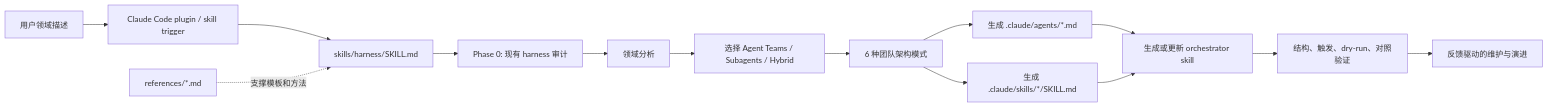
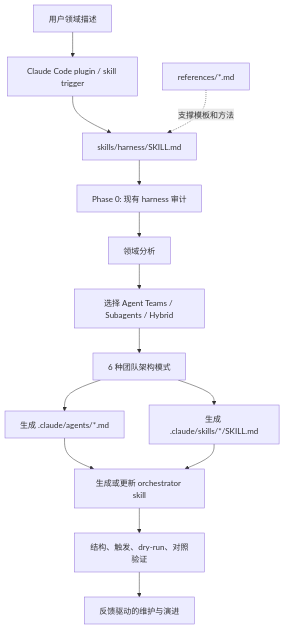
Before and after one commit to ivan-94/llm-wiki: the diagram in human/inbox/cook-github/2026-06-01_Harness团队架构工厂_revfactory_harness.md, drawn with Mermaid. The commit also changed 1 other file, not shown here.

Commit message:
Add 2026-06-02 Codex daily report

````diff
--- a/human/inbox/cook-github/2026-06-01_Harness团队架构工厂_revfactory_harness.md
+++ b/human/inbox/cook-github/2026-06-01_Harness团队架构工厂_revfactory_harness.md
@@ -65,16 +65,16 @@
 ```mermaid
-flowchart LR
+flowchart TB
   User["用户领域描述"] --> Trigger["Claude Code plugin / skill trigger"]
   Trigger --> MainSkill["skills/harness/SKILL.md"]
   MainSkill --> Audit["Phase 0: 现有 harness 审计"]
   Audit --> Domain["领域分析"]
   Domain --> Mode["选择 Agent Teams / Subagents / Hybrid"]
   Mode --> Patterns["6 种团队架构模式"]
   Patterns --> Agents["生成 .claude/agents/*.md"]
   Patterns --> Skills["生成 .claude/skills/*/SKILL.md"]
   Agents --> Orchestrator["生成或更新 orchestrator skill"]
   Skills --> Orchestrator
   Orchestrator --> Validation["结构、触发、dry-run、对照验证"]
   Validation --> Evolution["反馈驱动的维护与演进"]
   Refs["references/*.md"] -.支撑模板和方法.-> MainSkill
 ```
````
